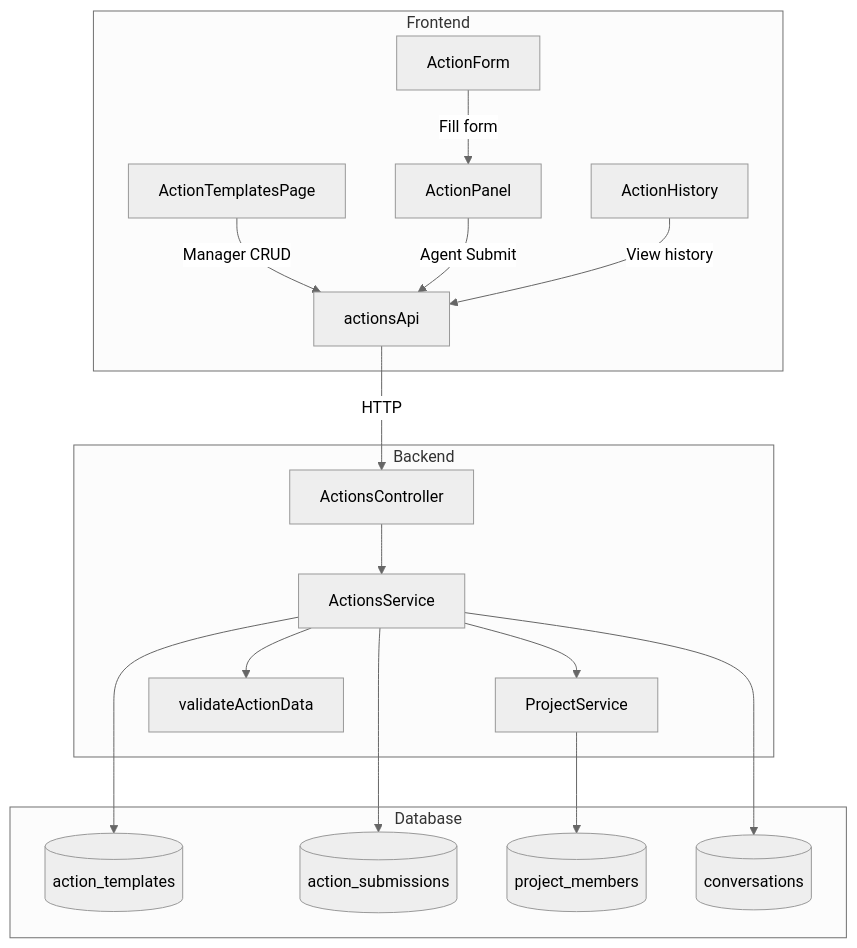
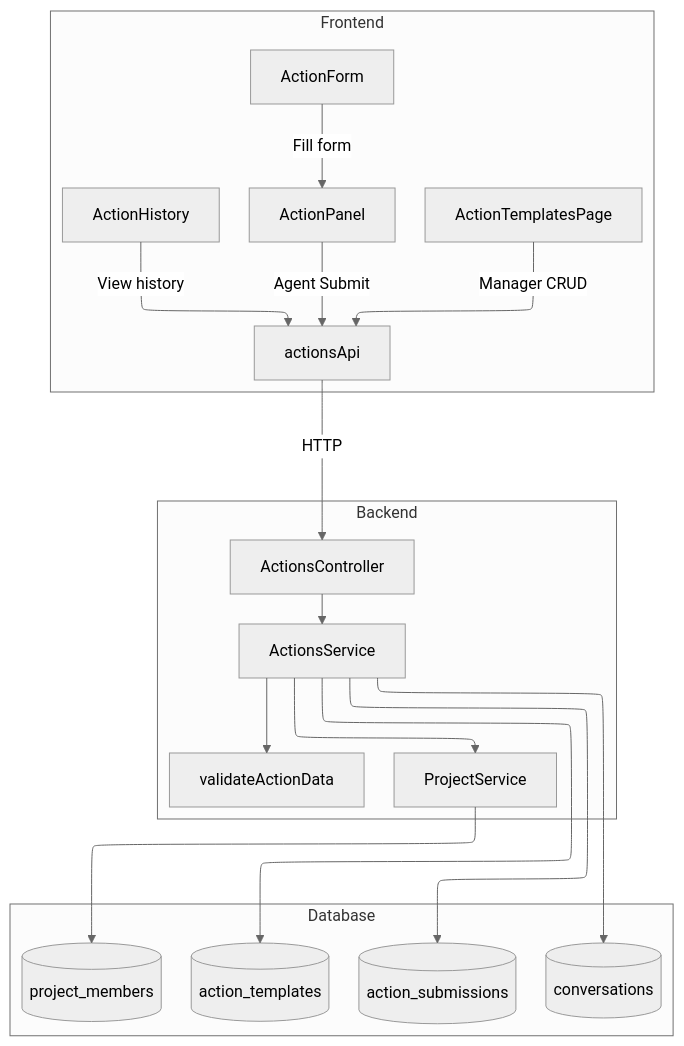
The third of 3 diagrams in docs/deep_investigation/actions_template_flow.md (doananhhung/livechat), drawn with Mermaid (neutral theme) before and after one commit.

Commit message:
update mermaid to use elk

````diff
--- a/docs/deep_investigation/actions_template_flow.md
+++ b/docs/deep_investigation/actions_template_flow.md
@@ -206,28 +206,32 @@
 ```mermaid
+---
+config:
+   layout: elk
+---
 flowchart TD
     subgraph Frontend
         A1[ActionTemplatesPage] -->|Manager CRUD| A2[actionsApi]
         A3[ActionPanel] -->|Agent Submit| A2
         A4[ActionForm] -->|Fill form| A3
         A5[ActionHistory] -->|View history| A2
     end
 
     subgraph Backend
         B1[ActionsController] --> B2[ActionsService]
         B2 --> B3[ProjectService]
         B2 --> B4[validateActionData]
     end
 
     subgraph Database
         D1[(action_templates)]
         D2[(action_submissions)]
         D3[(project_members)]
         D4[(conversations)]
     end
 
     A2 -->|HTTP| B1
     B2 --> D1
     B2 --> D2
     B3 --> D3
     B2 --> D4
 ```
````
